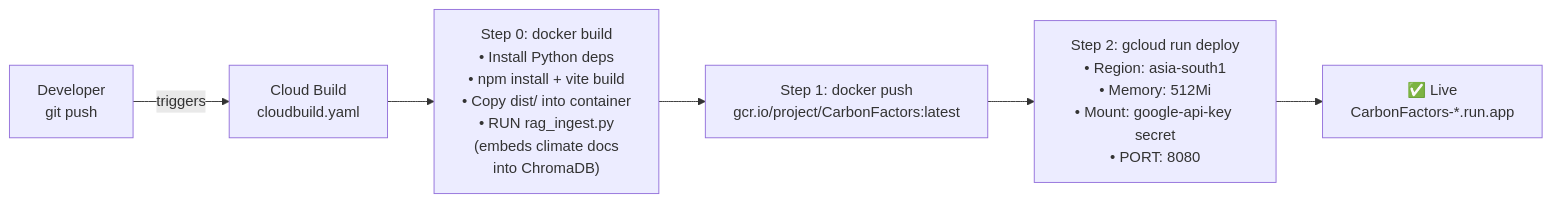
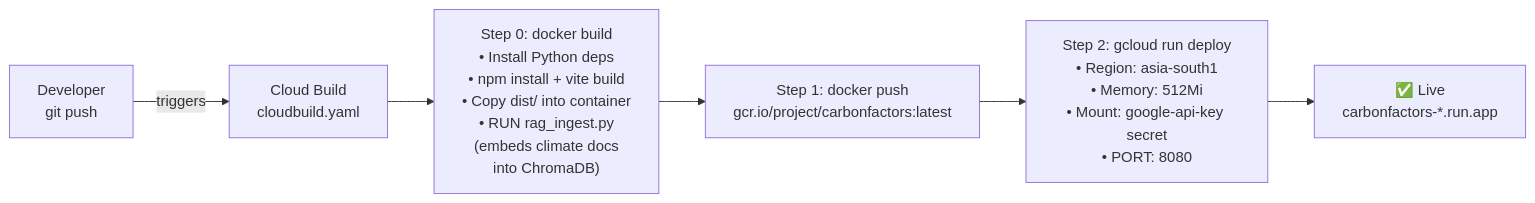
Before and after one commit to vishnusvault/CarbonFootprintProject: the fifth of 5 diagrams in ARCHITECTURE.md, drawn with Mermaid. The commit also changed other lines of this file and 1 other file, not shown here.

Commit message:
docs: update README and ARCHITECTURE

````diff
--- a/ARCHITECTURE.md
+++ b/ARCHITECTURE.md
@@ -154,9 +154,9 @@
 ```mermaid
 flowchart LR
-    DEV["Developer\ngit push"] -->|"triggers"| CB["Cloud Build\ncloudbuild.yaml"]
-    
-    CB --> STEP0["Step 0: docker build\n• Install Python deps\n• npm install + vite build\n• Copy dist/ into container\n• RUN rag_ingest.py\n  (embeds climate docs\n  into ChromaDB)"]
-    STEP0 --> STEP1["Step 1: docker push\ngcr.io/project/CarbonFactors:latest"]
-    STEP1 --> STEP2["Step 2: gcloud run deploy\n• Region: asia-south1\n• Memory: 512Mi\n• Mount: google-api-key secret\n• PORT: 8080"]
-    STEP2 --> LIVE["✅ Live\nCarbonFactors-*.run.app"]
+  DEV["Developer\ngit push"] -->|"triggers"| CB["Cloud Build\ncloudbuild.yaml"]
+
+  CB --> STEP0["Step 0: docker build\n• Install Python deps\n• npm install + vite build\n• Copy dist/ into container\n• RUN rag_ingest.py\n  (embeds climate docs\n  into ChromaDB)"]
+  STEP0 --> STEP1["Step 1: docker push\ngcr.io/project/carbonfactors:latest"]
+  STEP1 --> STEP2["Step 2: gcloud run deploy\n• Region: asia-south1\n• Memory: 512Mi\n• Mount: google-api-key secret\n• PORT: 8080"]
+  STEP2 --> LIVE["✅ Live\ncarbonfactors-*.run.app"]
 ```
````
